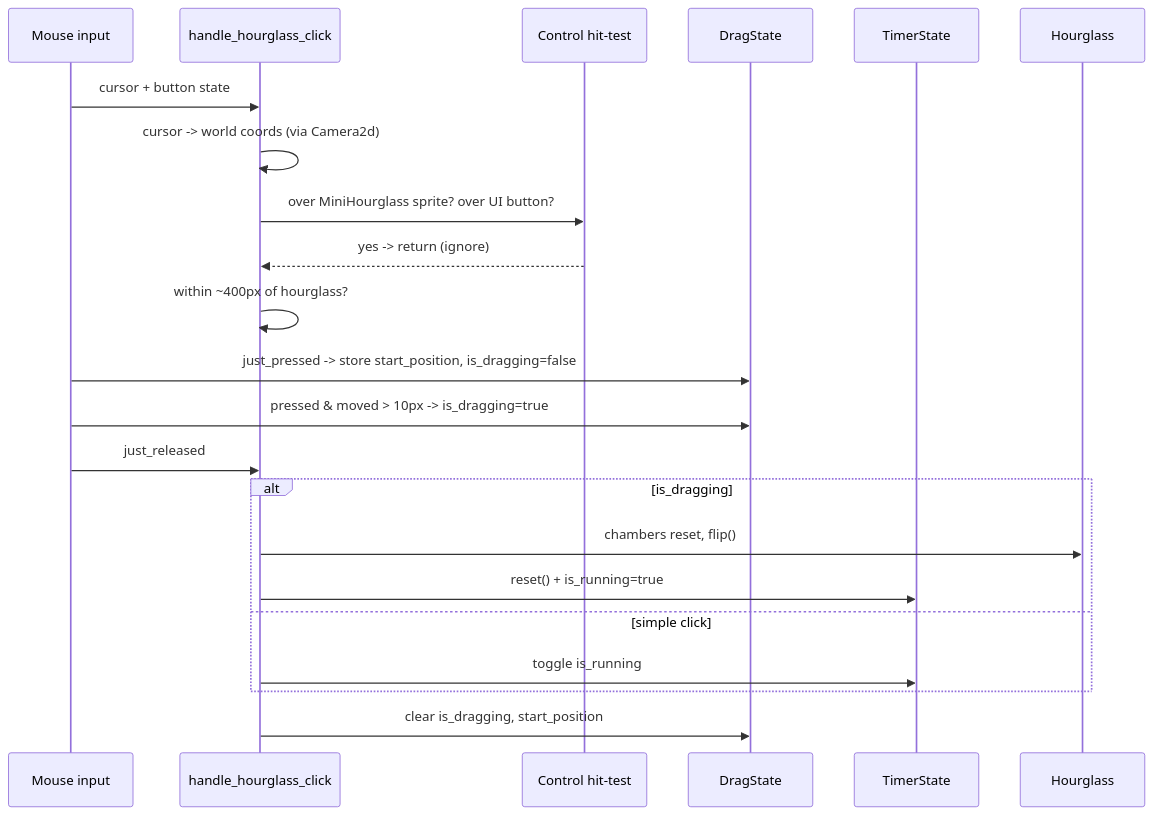
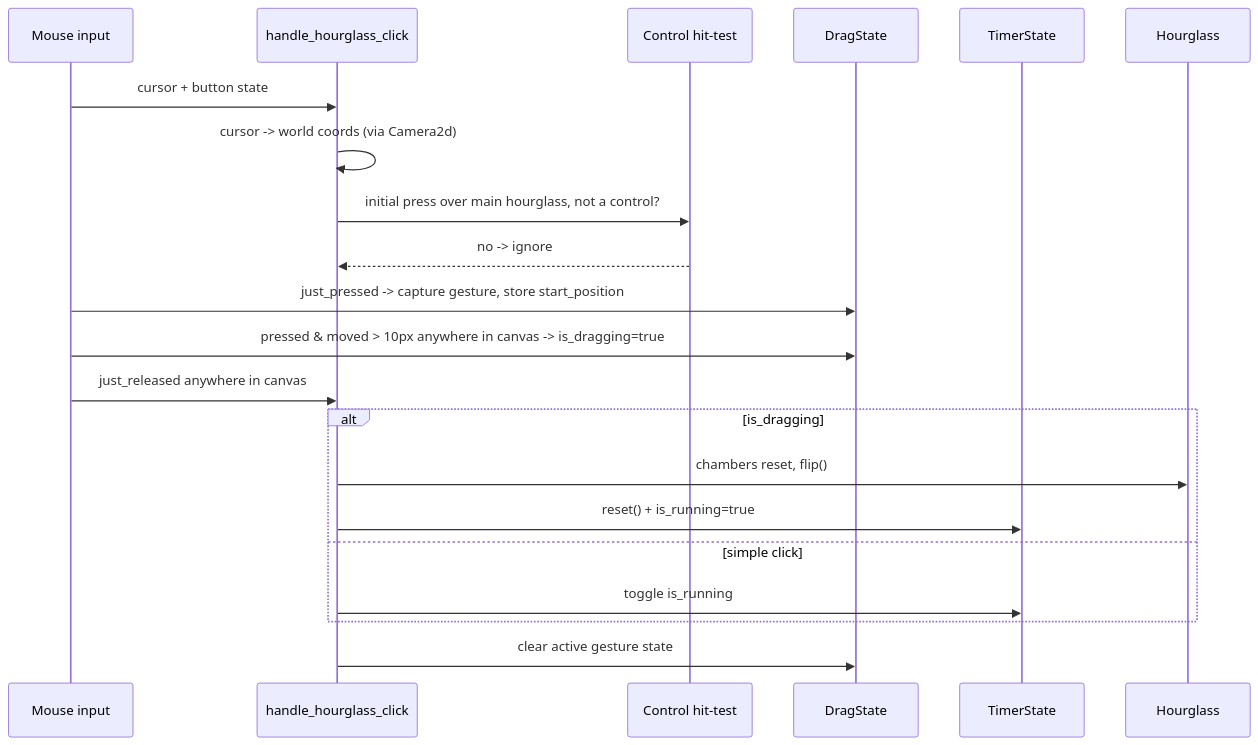
The diagram in wiki/flows/click-vs-drag.md (mikeplavsky/Hourglass-Timer), drawn with Mermaid before and after one commit. The commit also changed other lines of this file and 11 other files, not shown here.

Commit message:
Enable captured hourglass restart gesture

````diff
--- a/wiki/flows/click-vs-drag.md
+++ b/wiki/flows/click-vs-drag.md
@@ -17,25 +17,24 @@
 ```mermaid
 sequenceDiagram
     participant Mouse as Mouse input
     participant HHC as handle_hourglass_click
     participant Guard as Control hit-test
     participant DS as DragState
     participant TS as TimerState
     participant HG as Hourglass
 
     Mouse->>HHC: cursor + button state
     HHC->>HHC: cursor -> world coords (via Camera2d)
-    HHC->>Guard: over MiniHourglass sprite? over UI button?
-    Guard-->>HHC: yes -> return (ignore)
-    HHC->>HHC: within ~400px of hourglass?
-    Mouse->>DS: just_pressed -> store start_position, is_dragging=false
-    Mouse->>DS: pressed & moved > 10px -> is_dragging=true
-    Mouse->>HHC: just_released
+    HHC->>Guard: initial press over main hourglass, not a control?
+    Guard-->>HHC: no -> ignore
+    Mouse->>DS: just_pressed -> capture gesture, store start_position
+    Mouse->>DS: pressed & moved > 10px anywhere in canvas -> is_dragging=true
+    Mouse->>HHC: just_released anywhere in canvas
     alt is_dragging
         HHC->>HG: chambers reset, flip()
         HHC->>TS: reset() + is_running=true
     else simple click
         HHC->>TS: toggle is_running
     end
-    HHC->>DS: clear is_dragging, start_position
+    HHC->>DS: clear active gesture state
 ```
````
